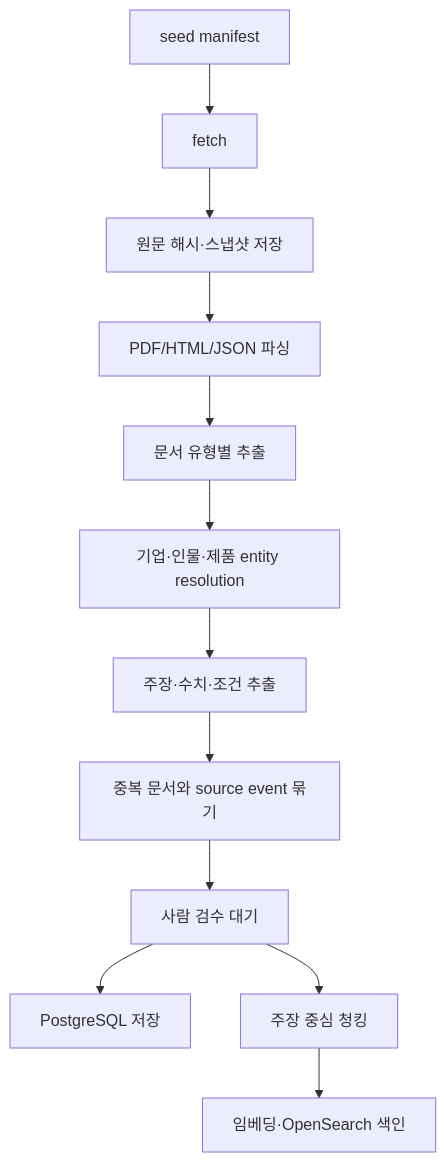
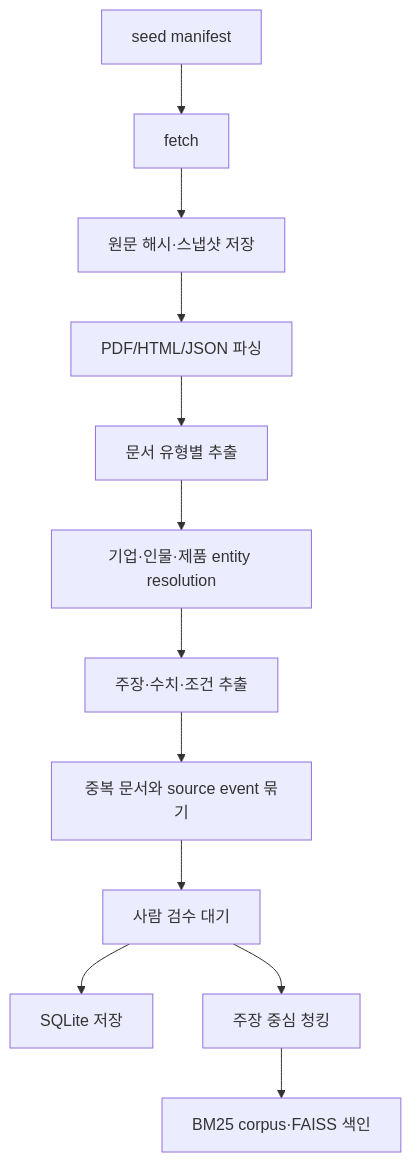
Before and after one commit to jihun-24k/skala-rag-pipeline: the second of 3 diagrams in docs/implementation-design.md, drawn with Mermaid. The commit also changed other lines of this file and 17 other files, not shown here.

````diff
--- a/docs/implementation-design.md
+++ b/docs/implementation-design.md
@@ -157,14 +158,14 @@
 ```mermaid
 flowchart TD
     A[seed manifest] --> B[fetch]
     B --> C[원문 해시·스냅샷 저장]
     C --> D[PDF/HTML/JSON 파싱]
     D --> E[문서 유형별 추출]
     E --> F[기업·인물·제품 entity resolution]
     F --> G[주장·수치·조건 추출]
     G --> H[중복 문서와 source event 묶기]
     H --> I[사람 검수 대기]
-    I --> J[PostgreSQL 저장]
+    I --> J[SQLite 저장]
     I --> K[주장 중심 청킹]
-    K --> L[임베딩·OpenSearch 색인]
+    K --> L[BM25 corpus·FAISS 색인]
 ```
````
